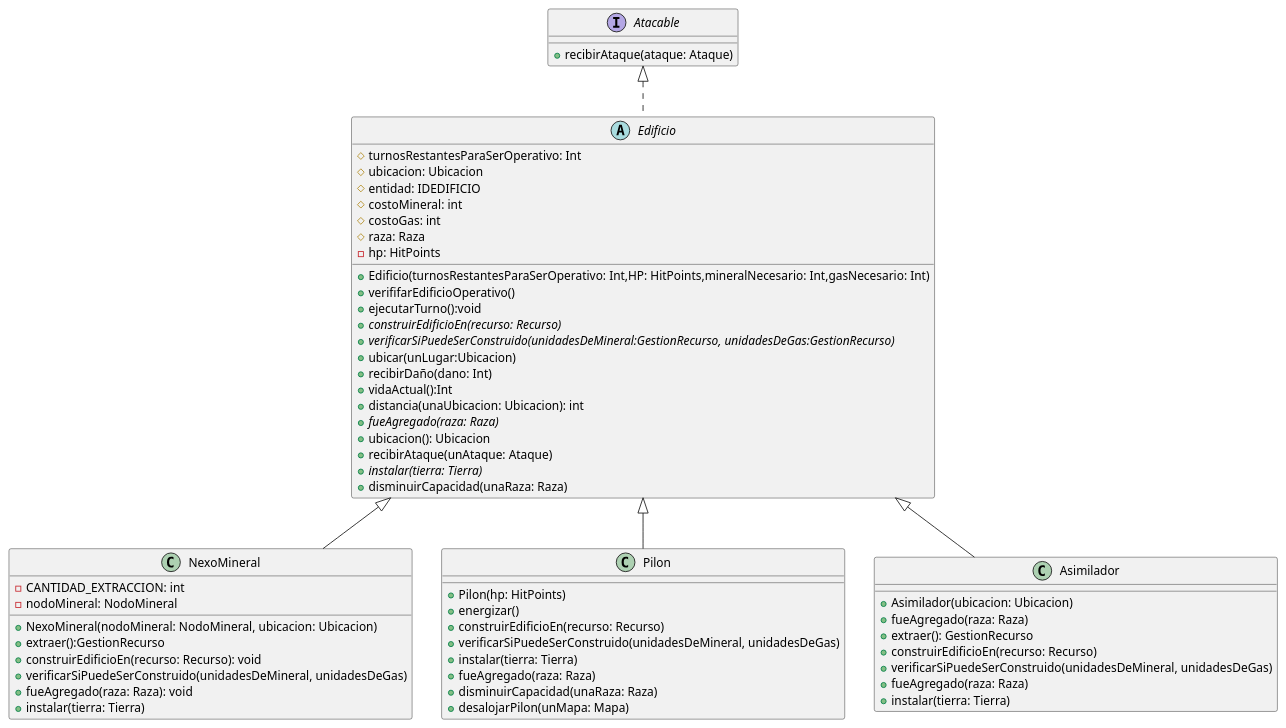
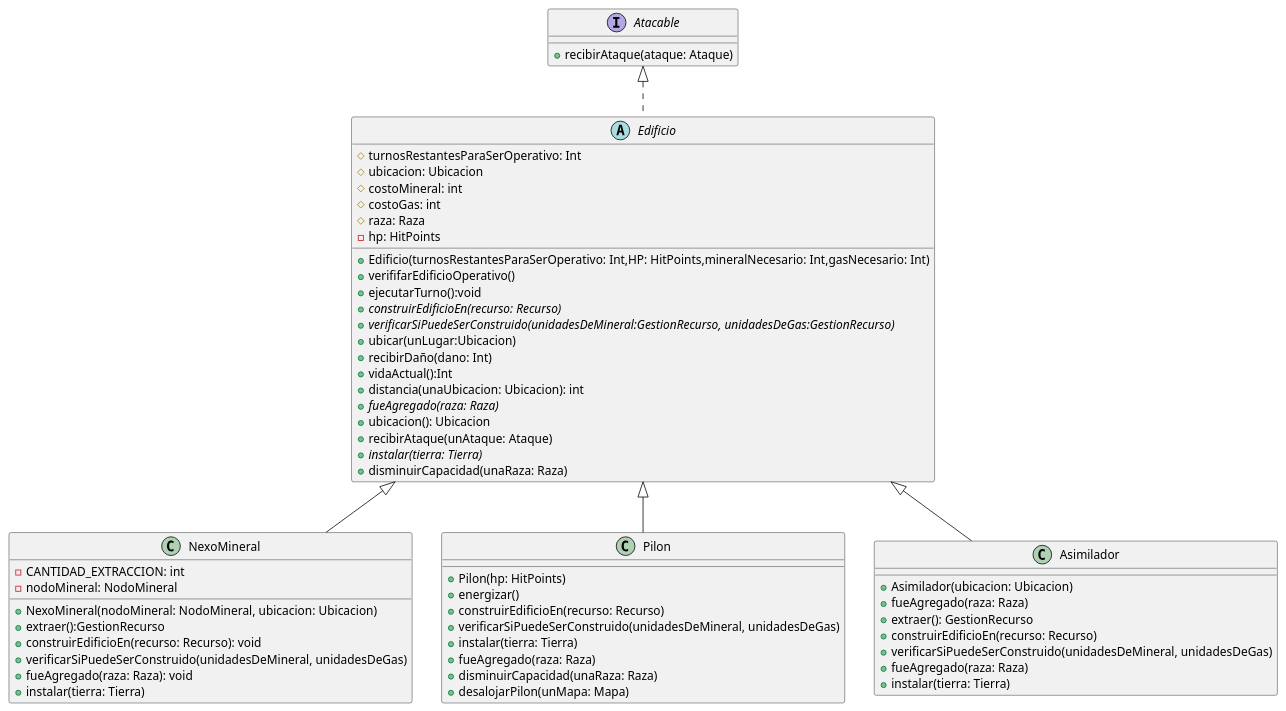
The diagram in diagrams/classes/EdificiosProtoss1.puml (nicolasgirardi/algo3_TP2_AlgoStar), drawn with PlantUML before and after one commit. The commit also changed 2 other files, not shown here.

```diff
--- a/diagrams/classes/EdificiosProtoss1.puml
+++ b/diagrams/classes/EdificiosProtoss1.puml
@@ -1,74 +1,73 @@
 @startuml
 'https://plantuml.com/class-diagram
 
 class NexoMineral{
     -CANTIDAD_EXTRACCION: int
     -nodoMineral: NodoMineral
 
     +NexoMineral(nodoMineral: NodoMineral, ubicacion: Ubicacion)
     +extraer():GestionRecurso
     +construirEdificioEn(recurso: Recurso): void
     +verificarSiPuedeSerConstruido(unidadesDeMineral, unidadesDeGas)
     +fueAgregado(raza: Raza): void
     +instalar(tierra: Tierra)
 
 }
 
 class Pilon{
     +Pilon(hp: HitPoints)
     +energizar()
     +construirEdificioEn(recurso: Recurso)
     +verificarSiPuedeSerConstruido(unidadesDeMineral, unidadesDeGas)
     +instalar(tierra: Tierra)
     +fueAgregado(raza: Raza)
     +disminuirCapacidad(unaRaza: Raza)
     +desalojarPilon(unMapa: Mapa)
 }
 
 class Asimilador{
     +Asimilador(ubicacion: Ubicacion)
     +fueAgregado(raza: Raza)
     +extraer(): GestionRecurso
     +construirEdificioEn(recurso: Recurso)
     +verificarSiPuedeSerConstruido(unidadesDeMineral, unidadesDeGas)
     +fueAgregado(raza: Raza)
     +instalar(tierra: Tierra)
 }
 
 
 
 interface Atacable {
     +recibirAtaque(ataque: Ataque)
 }
 
 
 abstract class Edificio {
         #turnosRestantesParaSerOperativo: Int
         #ubicacion: Ubicacion
-        #entidad: IDEDIFICIO
         #costoMineral: int
         #costoGas: int
         #raza: Raza
         -hp: HitPoints
 
         +Edificio(turnosRestantesParaSerOperativo: Int,HP: HitPoints,mineralNecesario: Int,gasNecesario: Int)
         +verififarEdificioOperativo()
         +ejecutarTurno():void
         +{abstract} construirEdificioEn(recurso: Recurso)
         +{abstract} verificarSiPuedeSerConstruido(unidadesDeMineral:GestionRecurso, unidadesDeGas:GestionRecurso)
         + ubicar(unLugar:Ubicacion)
         +recibirDaño(dano: Int)
         +vidaActual():Int
         + distancia(unaUbicacion: Ubicacion): int
         + {abstract} fueAgregado(raza: Raza)
         +ubicacion(): Ubicacion
         +recibirAtaque(unAtaque: Ataque)
         +{abstract} instalar(tierra: Tierra)
         +disminuirCapacidad(unaRaza: Raza)
 }
 
 Edificio <|-- NexoMineral
 Edificio <|-- Pilon
 Edificio <|-- Asimilador
 Atacable <|.. Edificio
 @enduml
```
